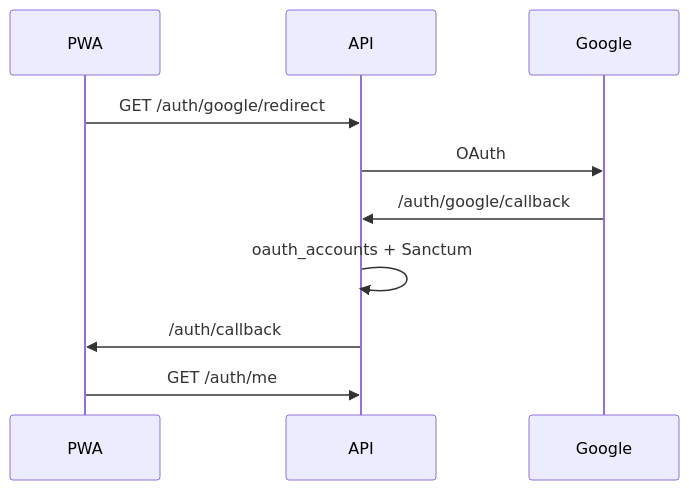
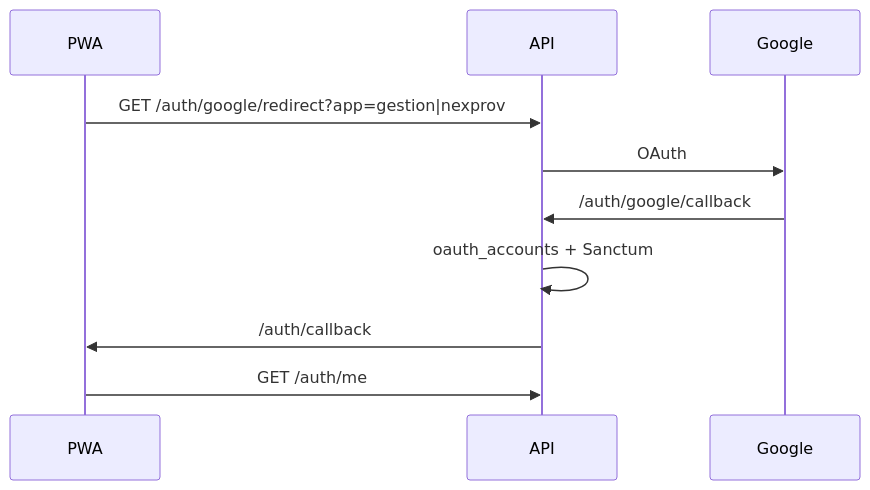
The diagram in docs/context/platform-auth-socialite.md (sistemassjs/api-proveedores), drawn with Mermaid before and after one commit. The commit also changed other lines of this file and 29 other files, not shown here.

````diff
--- a/docs/context/platform-auth-socialite.md
+++ b/docs/context/platform-auth-socialite.md
@@ -27,12 +27,12 @@
 ```mermaid
 sequenceDiagram
   participant PWA
   participant API
   participant Google
-  PWA->>API: GET /auth/google/redirect
+  PWA->>API: GET /auth/google/redirect?app=gestion|nexprov
   API->>Google: OAuth
   Google->>API: /auth/google/callback
   API->>API: oauth_accounts + Sanctum
   API->>PWA: /auth/callback#token=…
   PWA->>API: GET /auth/me
 ```
````
